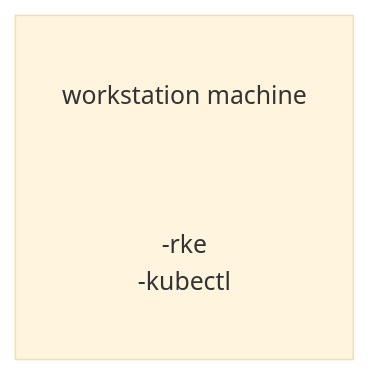
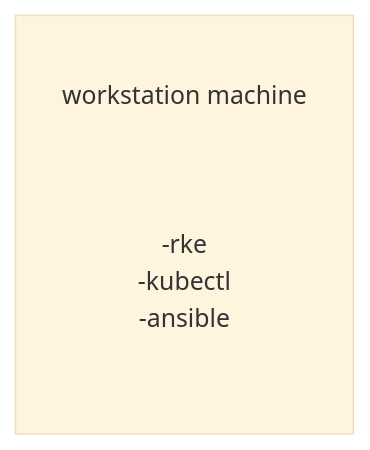
Before and after one commit to armanbasirat/rke: the second of 2 diagrams in README.md, drawn with Mermaid (base theme).

````diff
--- a/README.md
+++ b/README.md
@@ -70,4 +70,4 @@
 ```mermaid
 graph TD
-E[<br>workstation machine<br><br><br><br>-rke<br>-kubectl<br><br>]
+E[<br>workstation machine<br><br><br><br>-rke<br>-kubectl<br>-ansible<br><br><br>]
 ```
````
